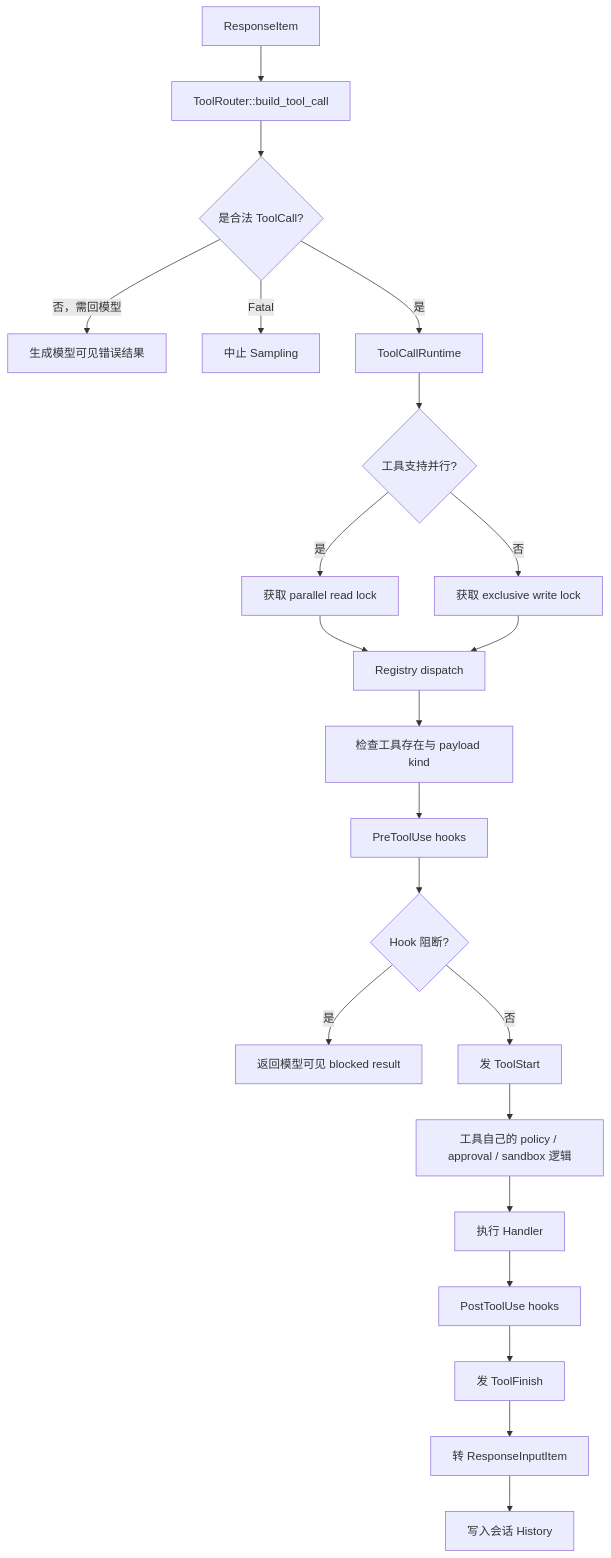
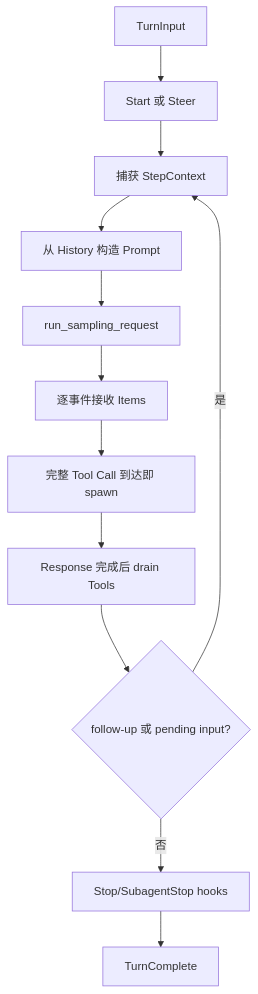
The fourth of 8 diagrams in docs/codex-vs-opentopia-agent-loop-zh-cn.md (StagoMax/OpenTopia), drawn with Mermaid before and after one commit. The commit also changed other lines of this file, not shown here.

````diff
--- a/docs/codex-vs-opentopia-agent-loop-zh-cn.md
+++ b/docs/codex-vs-opentopia-agent-loop-zh-cn.md
@@ -235,26 +91,14 @@
 ```mermaid
 flowchart TD
-    A[ResponseItem] --> B[ToolRouter::build_tool_call]
-    B --> C{是合法 ToolCall?}
-    C -->|否，需回模型| D[生成模型可见错误结果]
-    C -->|Fatal| E[中止 Sampling]
-    C -->|是| F[ToolCallRuntime]
-
-    F --> G{工具支持并行?}
-    G -->|是| H[获取 parallel read lock]
-    G -->|否| I[获取 exclusive write lock]
-    H --> J[Registry dispatch]
-    I --> J
-
-    J --> K[检查工具存在与 payload kind]
-    K --> L[PreToolUse hooks]
-    L --> M{Hook 阻断?}
-    M -->|是| N[返回模型可见 blocked result]
-    M -->|否| O[发 ToolStart]
-    O --> P[工具自己的 policy / approval / sandbox 逻辑]
-    P --> Q[执行 Handler]
-    Q --> R[PostToolUse hooks]
-    R --> S[发 ToolFinish]
-    S --> T[转 ResponseInputItem]
-    T --> U[写入会话 History]
+    A[TurnInput] --> B[Start 或 Steer]
+    B --> C[捕获 StepContext]
+    C --> D[从 History 构造 Prompt]
+    D --> E[run_sampling_request]
+    E --> F[逐事件接收 Items]
+    F --> G[完整 Tool Call 到达即 spawn]
+    G --> H[Response 完成后 drain Tools]
+    H --> I{follow-up 或 pending input?}
+    I -->|是| C
+    I -->|否| J[Stop/SubagentStop hooks]
+    J --> K[TurnComplete]
 ```
````
